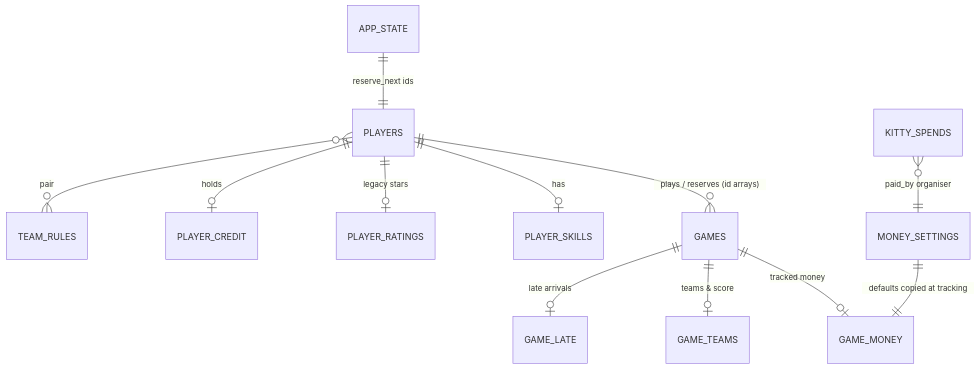
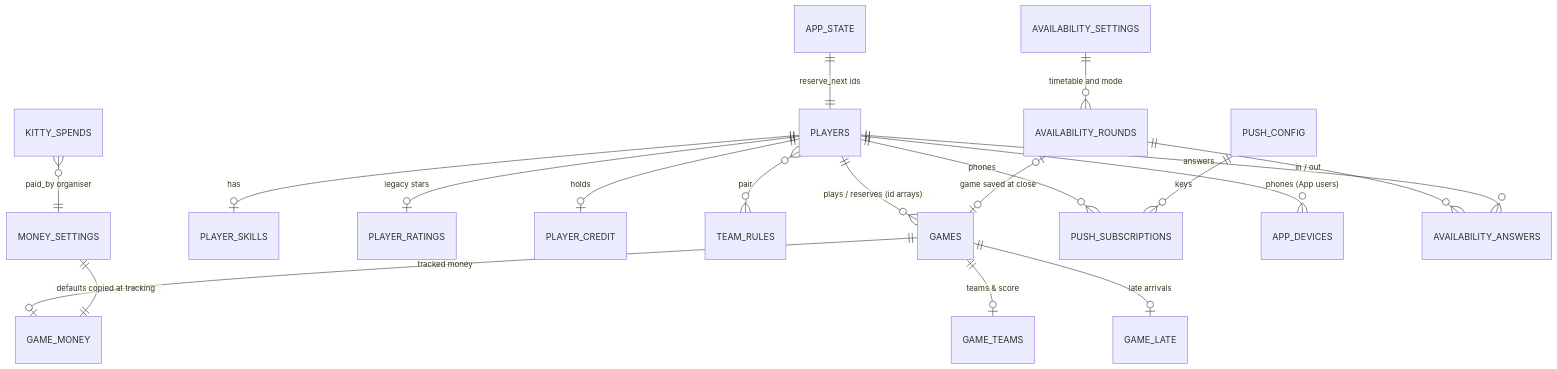
Before and after one commit to nealpatel87np/FootballApp: the tenth of 10 diagrams in docs/SOLUTION_DESIGN.md, drawn with Mermaid. The commit also changed other lines of this file, not shown here.

````diff
--- a/docs/SOLUTION_DESIGN.md
+++ b/docs/SOLUTION_DESIGN.md
@@ -661,14 +700,21 @@
 ```mermaid
 erDiagram
   PLAYERS ||--o{ GAMES : "plays / reserves (id arrays)"
   PLAYERS ||--o| PLAYER_SKILLS : has
   PLAYERS ||--o| PLAYER_RATINGS : "legacy stars"
   PLAYERS ||--o| PLAYER_CREDIT : holds
   PLAYERS }o--o{ TEAM_RULES : "pair"
   GAMES ||--o| GAME_MONEY : "tracked money"
   GAMES ||--o| GAME_TEAMS : "teams & score"
   GAMES ||--o| GAME_LATE : "late arrivals"
   APP_STATE ||--|| PLAYERS : "reserve_next ids"
   MONEY_SETTINGS ||--|| GAME_MONEY : "defaults copied at tracking"
   KITTY_SPENDS }o--|| MONEY_SETTINGS : "paid_by organiser"
+  PLAYERS ||--o{ PUSH_SUBSCRIPTIONS : "phones"
+  PLAYERS ||--o{ APP_DEVICES : "phones (App users)"
+  AVAILABILITY_ROUNDS ||--o{ AVAILABILITY_ANSWERS : "in / out"
+  PLAYERS ||--o{ AVAILABILITY_ANSWERS : answers
+  AVAILABILITY_ROUNDS |o--o| GAMES : "game saved at close"
+  AVAILABILITY_SETTINGS ||--o{ AVAILABILITY_ROUNDS : "timetable and mode"
+  PUSH_CONFIG ||--o{ PUSH_SUBSCRIPTIONS : "keys"
 ```
````
